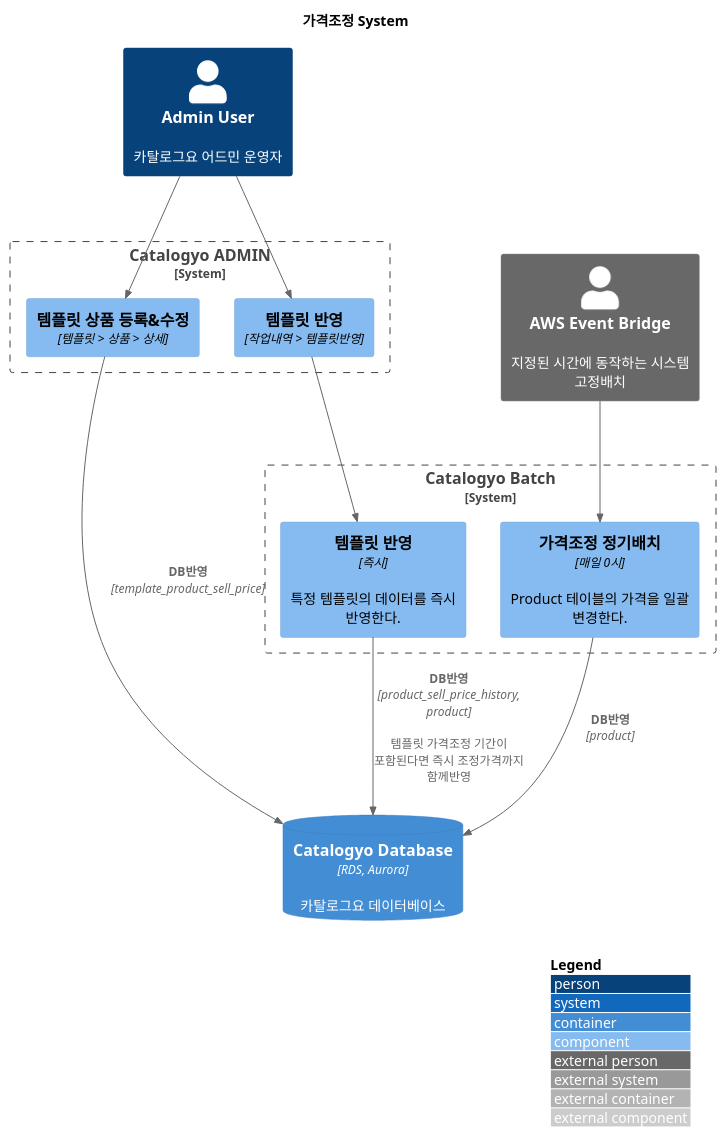
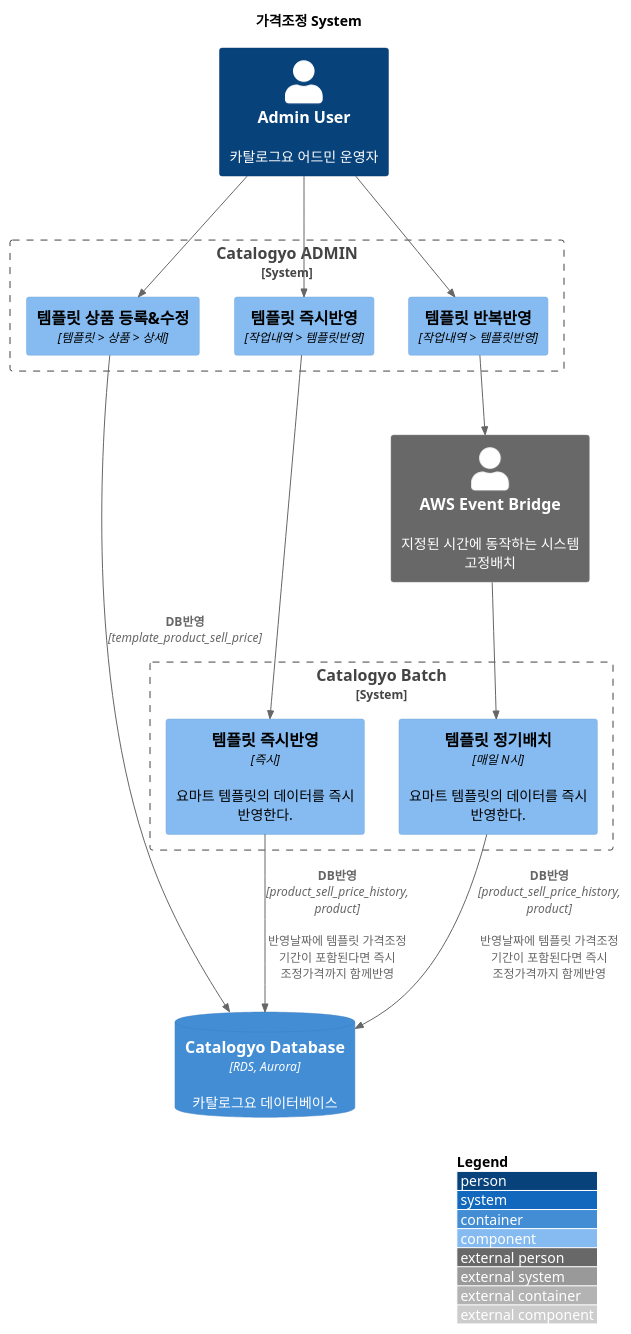
One commit to koo-bonsoo/plantuml changed the diagram in component/sell_price_component.plantuml. Above: the diagram before and after it, drawn with PlantUML.

```diff
--- a/component/sell_price_component.plantuml
+++ b/component/sell_price_component.plantuml
@@ -1,42 +1,46 @@
 @startuml
 !include https://raw.githubusercontent.com/plantuml-stdlib/C4-PlantUML/master/C4_Component.puml
 ' uncomment the following line and comment the first to use locally
 ' !include C4_Component.puml
 
 LAYOUT_WITH_LEGEND()
 
 title 가격조정 System
 
 Person(user, "Admin User", "카탈로그요 어드민 운영자")
 Person_Ext(event, "AWS Event Bridge", "지정된 시간에 동작하는 시스템 고정배치")
 
 System_Boundary(catalogyo_admin, "Catalogyo ADMIN"){
     Component(catalogyo_admin_1, "템플릿 상품 등록&수정" , "템플릿 > 상품 > 상세")
-    Component(catalogyo_admin_2, "템플릿 반영" , "작업내역 > 템플릿반영")
+    Component(catalogyo_admin_2, "템플릿 즉시반영" , "작업내역 > 템플릿반영")
+    Component(catalogyo_admin_3, "템플릿 반복반영" , "작업내역 > 템플릿반영")
 }
 
 System_Boundary(catalogyo_batch, "Catalogyo Batch"){
-    Component(catalogyo_batch_1, "가격조정 정기배치" , "매일 0시", "Product 테이블의 가격을 일괄 변경한다.")
-    Component(catalogyo_batch_2, "템플릿 반영" , "즉시", "특정 템플릿의 데이터를 즉시 반영한다.")
+    Component(catalogyo_batch_1, "템플릿 정기배치" , "매일 N시", "요마트 템플릿의 데이터를 즉시 반영한다.")
+    Component(catalogyo_batch_2, "템플릿 즉시반영" , "즉시", "요마트 템플릿의 데이터를 즉시 반영한다.")
 }
 
 ContainerDb(catalogyo_db, "Catalogyo Database", "RDS, Aurora", "카탈로그요 데이터베이스")
 
 
 
 
 
 
 
 Rel(user, catalogyo_admin_1, " ")
 Rel(user, catalogyo_admin_2, " ")
+Rel(user, catalogyo_admin_3, " ")
+
+Rel(catalogyo_admin_3, event, " ")
 
 
 Rel(catalogyo_admin_1, catalogyo_db, "DB반영", "template_product_sell_price")
 Rel(catalogyo_admin_2, catalogyo_batch_2, " ")
-Rel(catalogyo_batch_2, catalogyo_db, "DB반영", "product_sell_price_history, product", "템플릿 가격조정 기간이 포함된다면 즉시 조정가격까지 함께반영")
+Rel(catalogyo_batch_2, catalogyo_db, "DB반영", "product_sell_price_history, product", "반영날짜에 템플릿 가격조정 기간이 포함된다면 즉시 조정가격까지 함께반영")
 Rel(event, catalogyo_batch_1, " ")
-Rel(catalogyo_batch_1, catalogyo_db, "DB반영", "product")
+Rel(catalogyo_batch_1, catalogyo_db, "DB반영", "product_sell_price_history, product", "반영날짜에 템플릿 가격조정 기간이 포함된다면 즉시 조정가격까지 함께반영")
 
 
 @enduml
```
